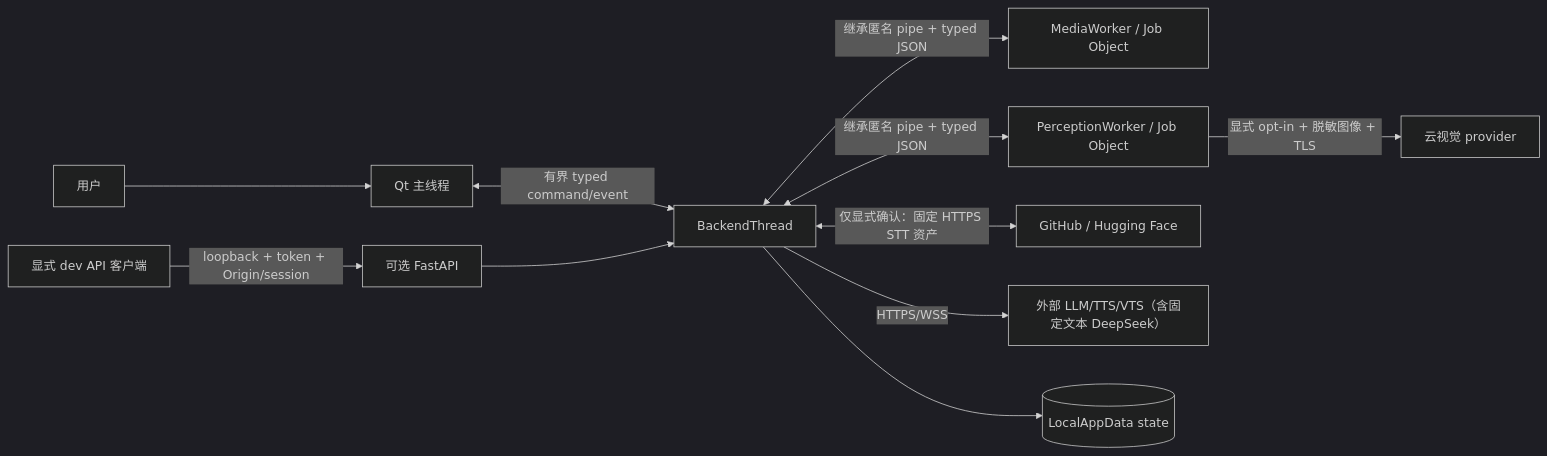
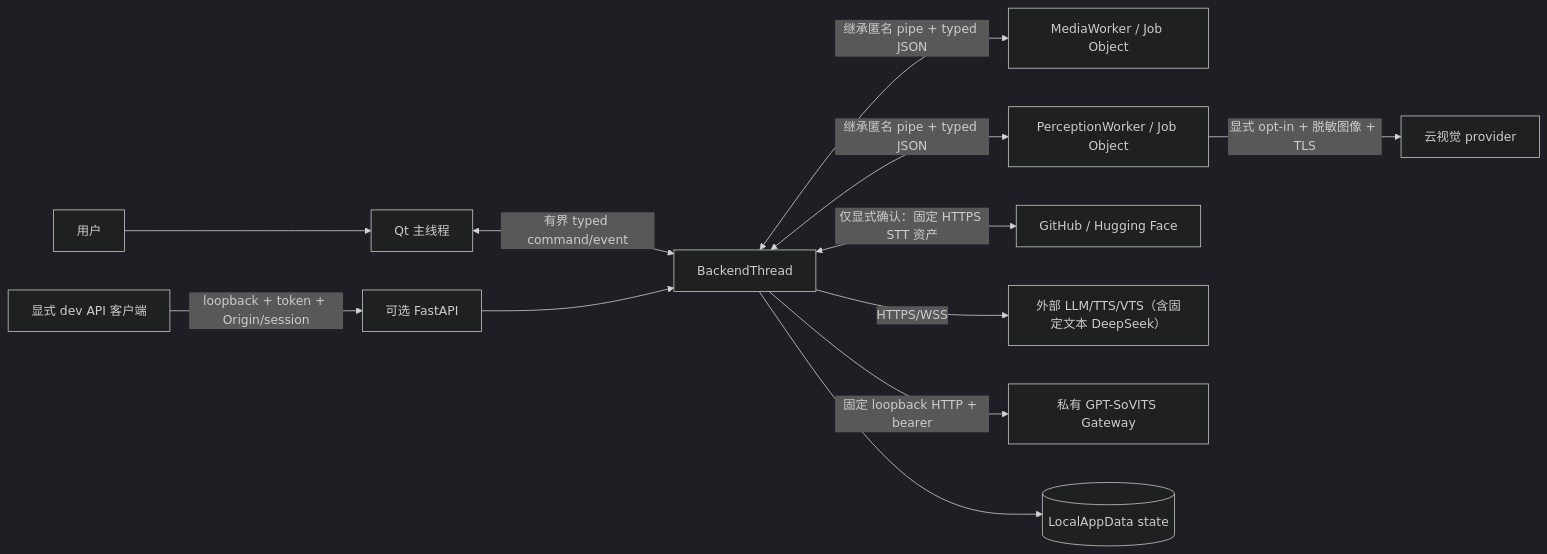
The first of 6 diagrams in docs/architecture/windows_data_flow_inventory.md (mizusawa-matsuri937/megumin_companion_ai), drawn with Mermaid (dark theme) before and after one commit. The commit also changed other lines of this file and 21 other files, not shown here.

````diff
--- a/docs/architecture/windows_data_flow_inventory.md
+++ b/docs/architecture/windows_data_flow_inventory.md
@@ -16,13 +18,14 @@
 ```mermaid
 flowchart LR
     U["用户"] --> Q["Qt 主线程"]
     Q <-->|"有界 typed command/event"| B["BackendThread"]
     D["显式 dev API 客户端"] -->|"loopback + token + Origin/session"| A["可选 FastAPI"]
     A --> B
     B <-->|"继承匿名 pipe + typed JSON"| M["MediaWorker / Job Object"]
     B <-->|"继承匿名 pipe + typed JSON"| P["PerceptionWorker / Job Object"]
     B <-->|"仅显式确认：固定 HTTPS STT 资产"| R["GitHub / Hugging Face"]
     B -->|"HTTPS/WSS"| E["外部 LLM/TTS/VTS（含固定文本 DeepSeek）"]
+    B -->|"固定 loopback HTTP + bearer"| G["私有 GPT-SoVITS Gateway"]
     P -->|"显式 opt-in + 脱敏图像 + TLS"| C["云视觉 provider"]
     B --> S[("LocalAppData state")]
 ```
````
